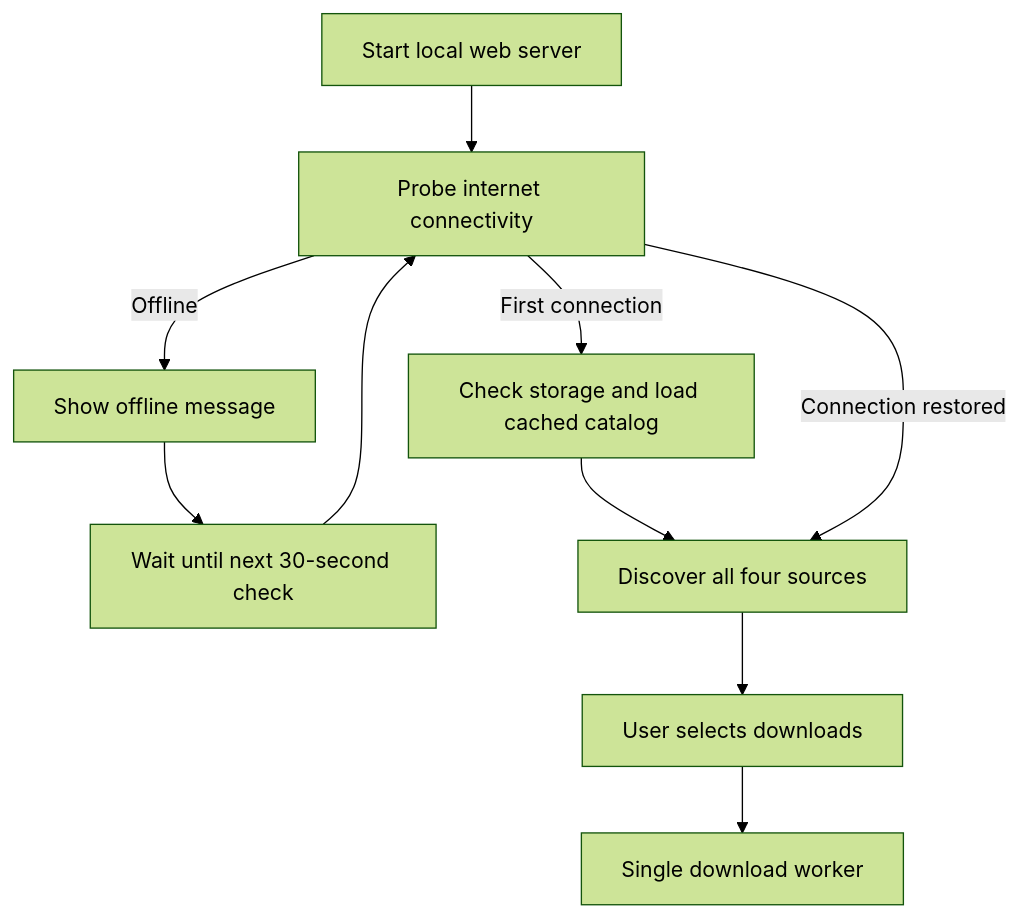
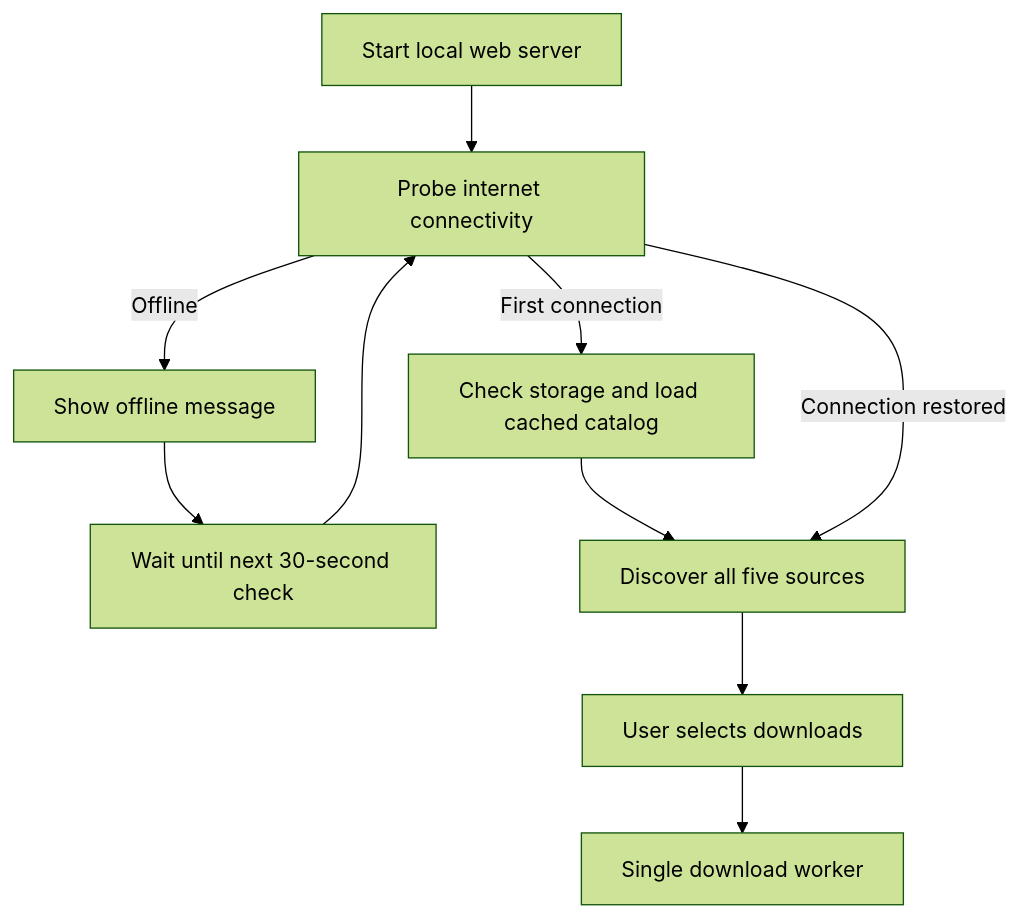
One commit to holly-the-dude/Library-Creator changed the diagram in setup_library/files/containers/data_download/docs/DEVELOPMENT.md. Above: the diagram before and after it, drawn with Mermaid (forest theme). The commit also changed other lines of this file and 78 other files, not shown here.

````diff
--- a/setup_library/files/containers/data_download/docs/DEVELOPMENT.md
+++ b/setup_library/files/containers/data_download/docs/DEVELOPMENT.md
@@ -33,12 +33,12 @@
 ```mermaid
 flowchart TD
     Start[Start local web server] --> Check[Probe internet connectivity]
     Check -->|Offline| Offline[Show offline message]
     Offline --> Wait[Wait until next 30-second check]
     Wait --> Check
     Check -->|First connection| Init[Check storage and load cached catalog]
-    Init --> Scan[Discover all four sources]
+    Init --> Scan[Discover all five sources]
     Check -->|Connection restored| Scan
     Scan --> Ready[User selects downloads]
     Ready --> Queue[Single download worker]
 ```
````
